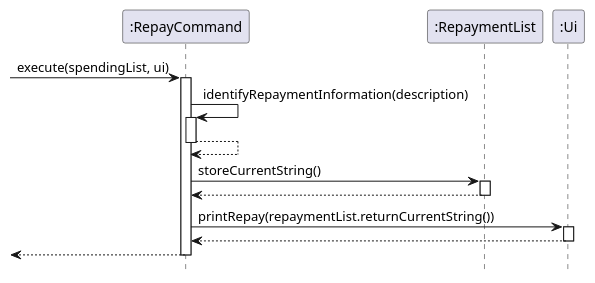
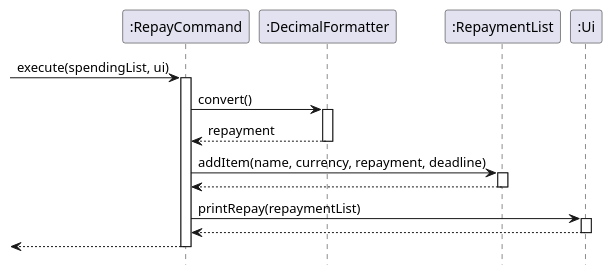
The diagram in src/uml/sequence diagrams/RepayCommand.puml (xieyaoyue/tp), drawn with PlantUML before and after one commit. The commit also changed 35 other files, not shown here.

```diff
--- a/src/uml/sequence diagrams/RepayCommand.puml
+++ b/src/uml/sequence diagrams/RepayCommand.puml
@@ -1,19 +1,19 @@
 @startuml
 hide footbox
 ->":RepayCommand":execute(spendingList, ui)
 activate ":RepayCommand"
-":RepayCommand"->":RepayCommand":identifyRepaymentInformation(description)
-activate ":RepayCommand"
-":RepayCommand"-->":RepayCommand":
-deactivate ":RepayCommand"
-":RepayCommand"->":RepaymentList":storeCurrentString()
+":RepayCommand"->":DecimalFormatter":convert()
+activate ":DecimalFormatter"
+":DecimalFormatter"-->":RepayCommand":repayment
+deactivate ":DecimalFormatter"
+":RepayCommand"->":RepaymentList":addItem(name, currency, repayment, deadline)
 activate ":RepaymentList"
 ":RepaymentList"-->":RepayCommand":
 deactivate ":RepaymentList"
-":RepayCommand"->":Ui":printRepay(repaymentList.returnCurrentString())
+":RepayCommand"->":Ui":printRepay(repaymentList)
 activate ":Ui"
 ":Ui"-->":RepayCommand":
 deactivate ":Ui"
 <--":RepayCommand"
 deactivate ":RepayCommand"
 @enduml
```
